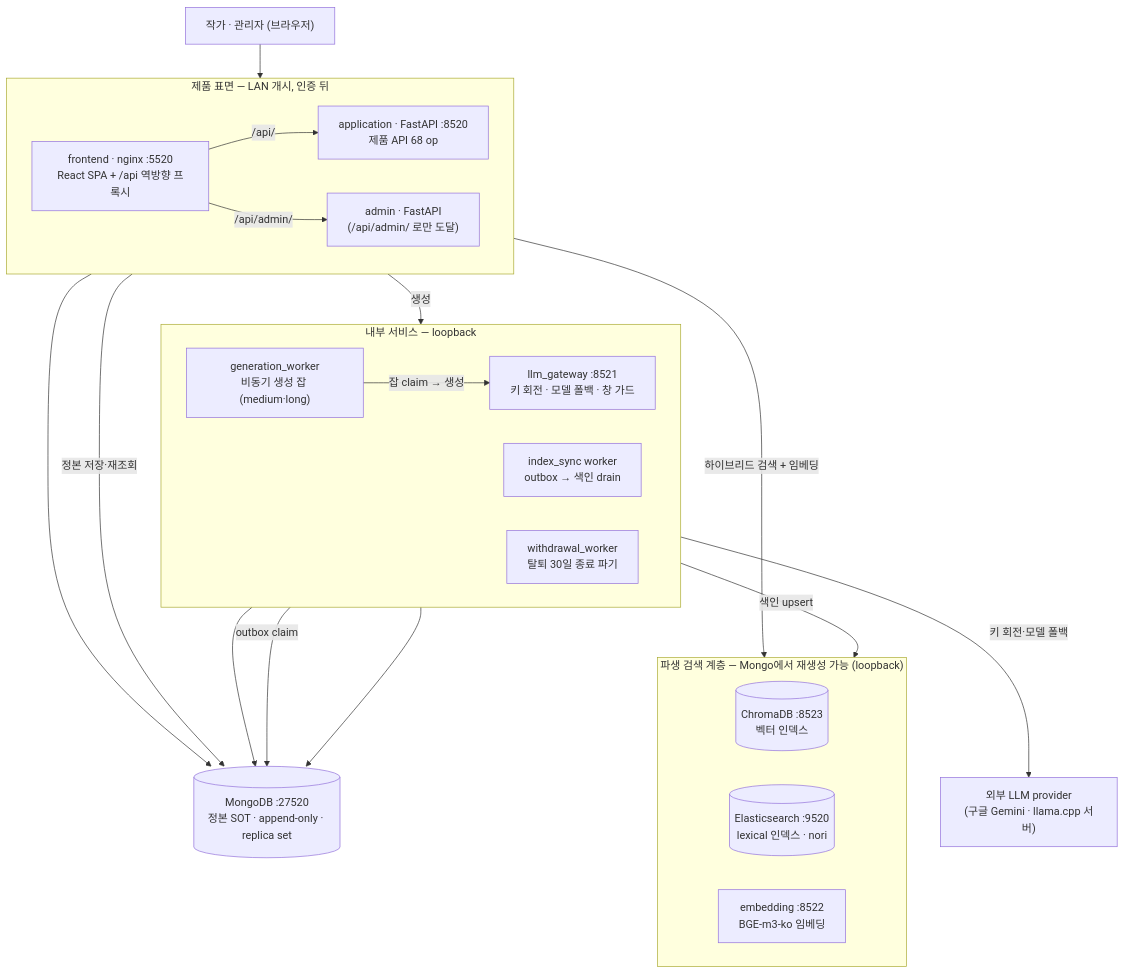
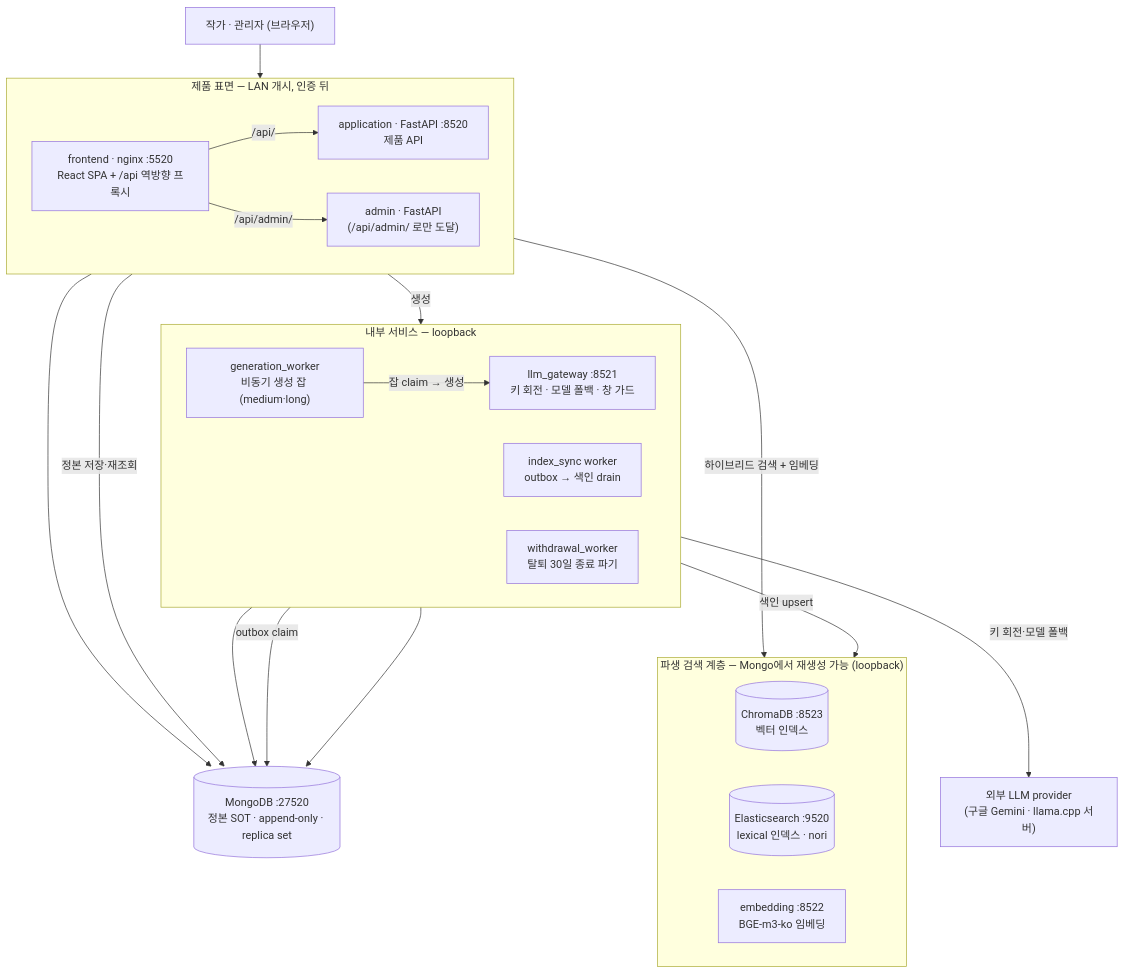
Before and after one commit to entangelk/ai_writte_system: the second of 2 diagrams in README.md, drawn with Mermaid. The commit also changed 2 other files, not shown here.

Commit message:
docs: 다이어그램 리터럴 정정(제품 API op수 제거) · 문서 지도에 아키텍처 추가

````diff
--- a/README.md
+++ b/README.md
@@ -226,43 +226,43 @@
 ```mermaid
 flowchart TB
     browser["작가 · 관리자 (브라우저)"]
 
     subgraph surface["제품 표면 — LAN 개시, 인증 뒤"]
         direction LR
         frontend["frontend · nginx :5520\nReact SPA + /api 역방향 프록시"]
-        application["application · FastAPI :8520\n제품 API 68 op"]
+        application["application · FastAPI :8520\n제품 API"]
         adminsvc["admin · FastAPI\n(/api/admin/ 로만 도달)"]
     end
 
     subgraph compute["내부 서비스 — loopback"]
         direction LR
         gateway["llm_gateway :8521\n키 회전 · 모델 폴백 · 창 가드"]
         gworker["generation_worker\n비동기 생성 잡 (medium·long)"]
         iworker["index_sync worker\noutbox → 색인 drain"]
         wworker["withdrawal_worker\n탈퇴 30일 종료 파기"]
     end
 
     subgraph derived["파생 검색 계층 — Mongo에서 재생성 가능 (loopback)"]
         direction LR
         chroma[("ChromaDB :8523\n벡터 인덱스")]
         es[("Elasticsearch :9520\nlexical 인덱스 · nori")]
         embedding["embedding :8522\nBGE-m3-ko 임베딩"]
     end
 
     mongo[("MongoDB :27520\n정본 SOT · append-only · replica set")]
     llm["외부 LLM provider\n(구글 Gemini · llama.cpp 서버)"]
 
     browser --> frontend
     frontend -->|"/api/"| application
     frontend -->|"/api/admin/"| adminsvc
     application -->|"정본 저장·재조회"| mongo
     adminsvc --> mongo
     application -->|"하이브리드 검색 + 임베딩"| derived
     application -->|"생성"| gateway
     gworker -->|"잡 claim → 생성"| gateway
     gworker --> mongo
     iworker -->|"outbox claim"| mongo
     iworker -->|"색인 upsert"| derived
     wworker --> mongo
     gateway -->|"키 회전·모델 폴백"| llm
 ```
````
